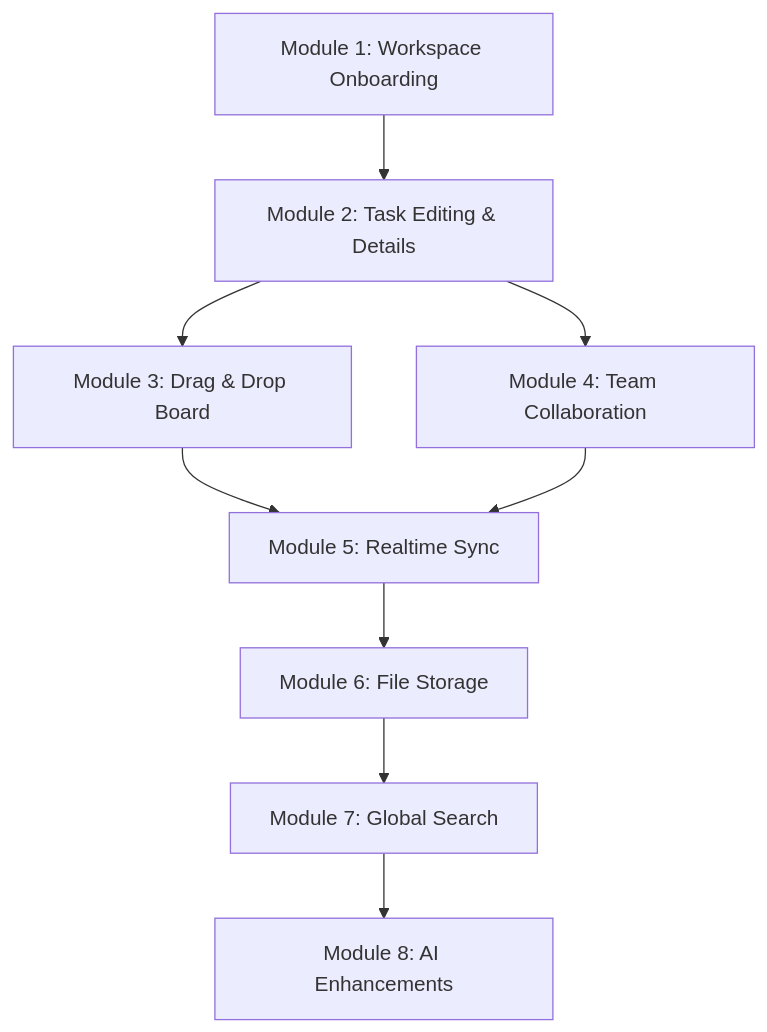
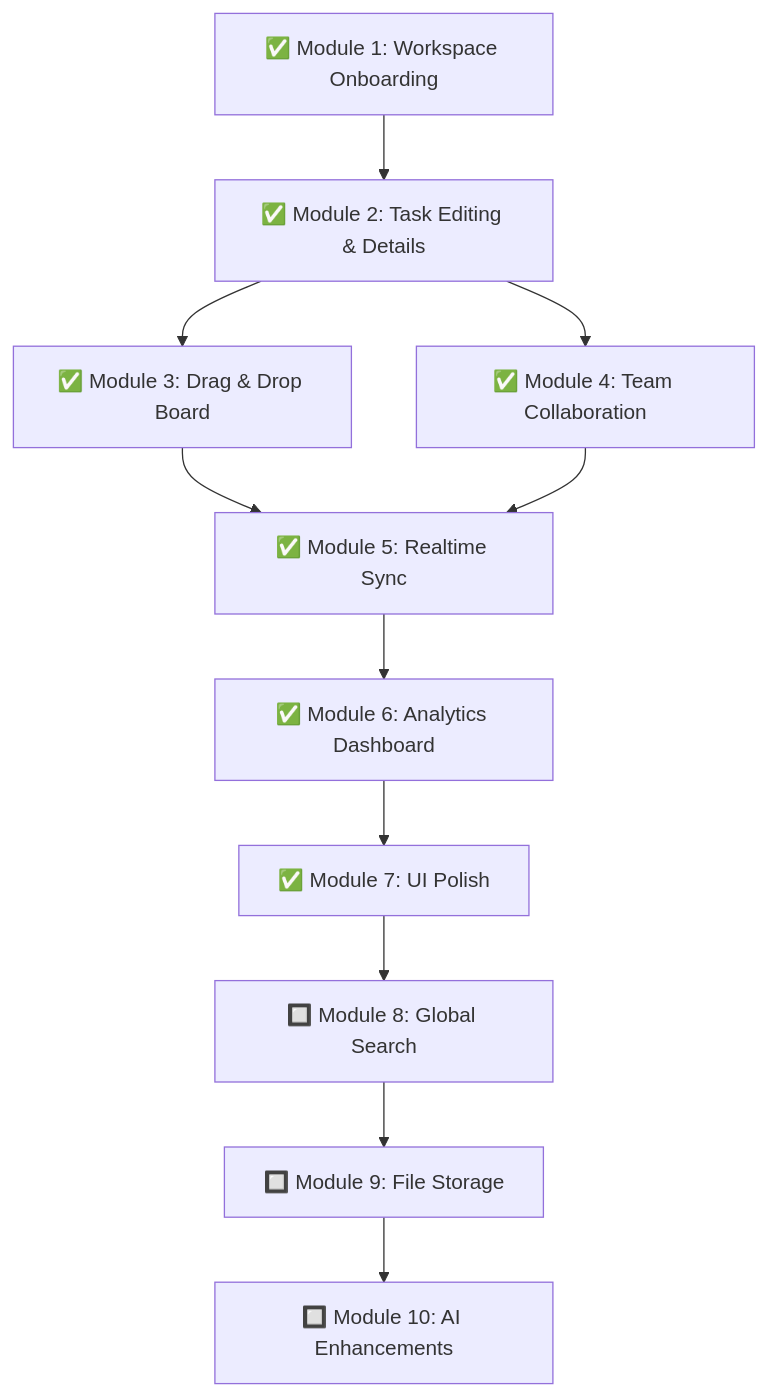
Before and after one commit to anirudhy-jpg/TaskPilot: the diagram in plan/steps.md, drawn with Mermaid. The commit also changed other lines of this file and 27 other files, not shown here.

Commit message:
feat: implement task activity timeline, comment system, and subtask functionality with related database migrations and services

````diff
--- a/plan/steps.md
+++ b/plan/steps.md
@@ -27,11 +38,13 @@
 ```mermaid
 graph TD
-    M1[Module 1: Workspace Onboarding] --> M2[Module 2: Task Editing & Details]
-    M2 --> M3[Module 3: Drag & Drop Board]
-    M2 --> M4[Module 4: Team Collaboration]
-    M3 --> M5[Module 5: Realtime Sync]
+    M1[✅ Module 1: Workspace Onboarding] --> M2[✅ Module 2: Task Editing & Details]
+    M2 --> M3[✅ Module 3: Drag & Drop Board]
+    M2 --> M4[✅ Module 4: Team Collaboration]
+    M3 --> M5[✅ Module 5: Realtime Sync]
     M4 --> M5
-    M5 --> M6[Module 6: File Storage]
-    M6 --> M7[Module 7: Global Search]
-    M7 --> M8[Module 8: AI Enhancements]
+    M5 --> M6[✅ Module 6: Analytics Dashboard]
+    M6 --> M7[✅ Module 7: UI Polish]
+    M7 --> M8[🔲 Module 8: Global Search]
+    M8 --> M9[🔲 Module 9: File Storage]
+    M9 --> M10[🔲 Module 10: AI Enhancements]
 ```
````
